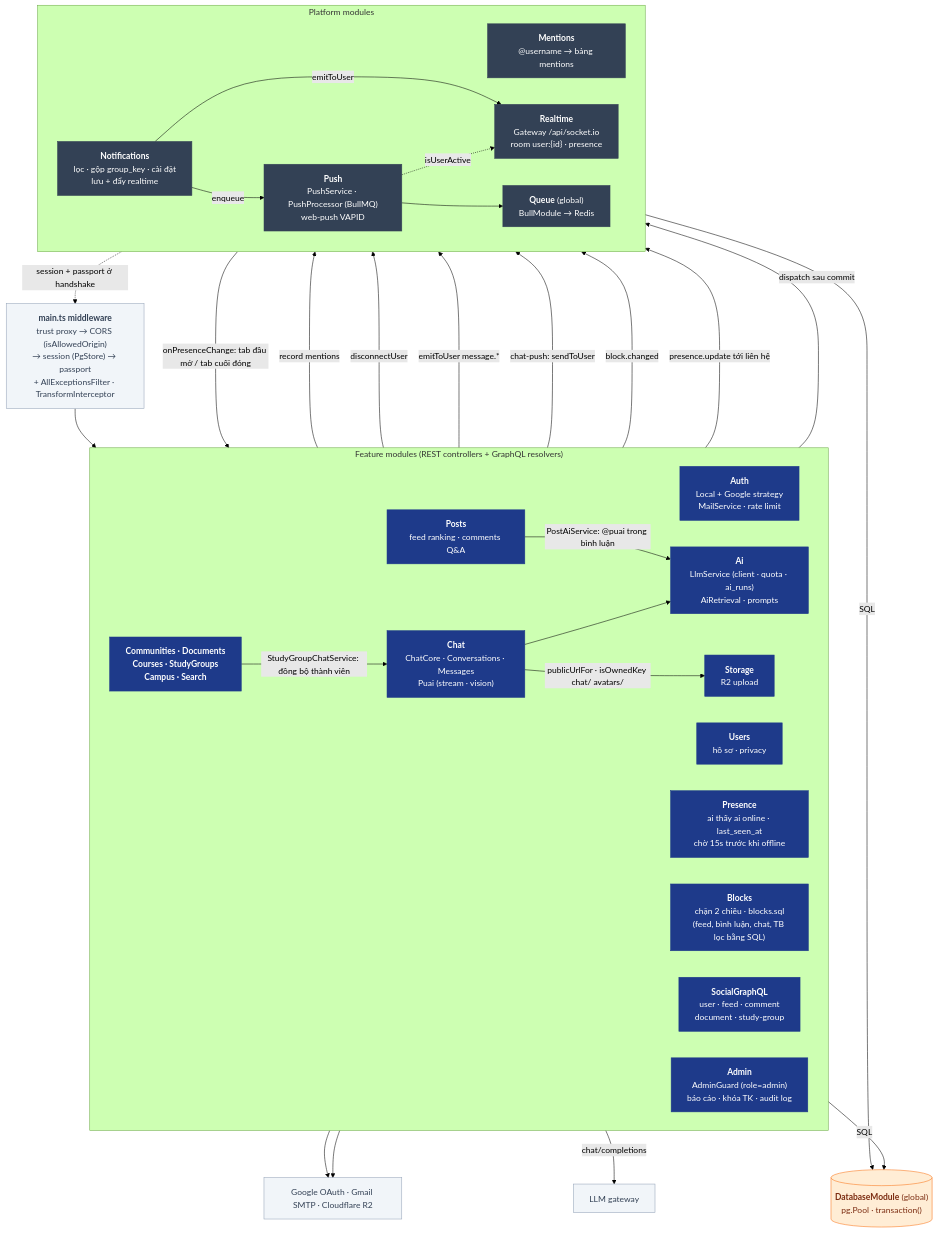
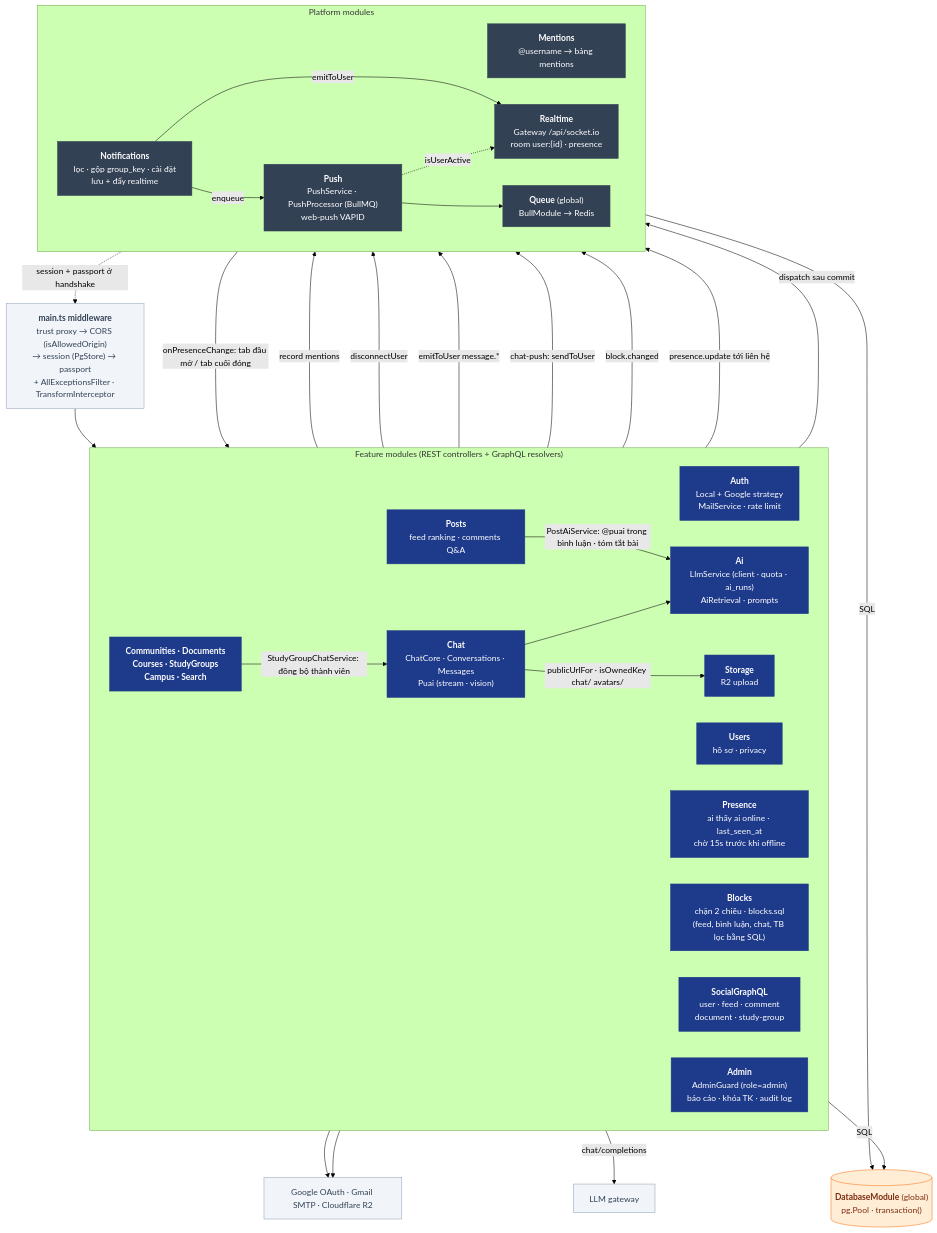
The diagram in docs/diagrams/03-api-components.md (nhatcoi/pu-connect), drawn with Mermaid (forest theme) before and after one commit. The commit also changed other lines of this file and 4 other files, not shown here.

Commit message:
docs(ai): document post summaries, ERD and diagrams

````diff
--- a/docs/diagrams/03-api-components.md
+++ b/docs/diagrams/03-api-components.md
@@ -7,61 +7,61 @@
 ```mermaid
 flowchart TB
   mw["<b>main.ts middleware</b><br/>trust proxy → CORS (isAllowedOrigin)<br/>→ session (PgStore) → passport<br/>+ AllExceptionsFilter · TransformInterceptor"]
 
   subgraph Feature["Feature modules (REST controllers + GraphQL resolvers)"]
     direction LR
     auth["<b>Auth</b><br/>Local + Google strategy<br/>MailService · rate limit"]
     users["<b>Users</b><br/>hồ sơ · privacy"]
     presence["<b>Presence</b><br/>ai thấy ai online · last_seen_at<br/>chờ 15s trước khi offline"]
     blocks["<b>Blocks</b><br/>chặn 2 chiều · blocks.sql<br/>(feed, bình luận, chat, TB lọc bằng SQL)"]
     posts["<b>Posts</b><br/>feed ranking · comments Q&A"]
     gql["<b>SocialGraphQL</b><br/>user · feed · comment<br/>document · study-group"]
     others["<b>Communities · Documents<br/>Courses · StudyGroups<br/>Campus · Search</b>"]
     storage["<b>Storage</b><br/>R2 upload"]
     admin["<b>Admin</b><br/>AdminGuard (role=admin)<br/>báo cáo · khóa TK · audit log"]
     chat["<b>Chat</b><br/>ChatCore · Conversations · Messages<br/>Puai (stream · vision)"]
     ai["<b>Ai</b><br/>LlmService (client · quota · ai_runs)<br/>AiRetrieval · prompts"]
   end
 
   subgraph Platform["Platform modules"]
     direction LR
     mentions["<b>Mentions</b><br/>@username → bảng mentions"]
     notif["<b>Notifications</b><br/>lọc · gộp group_key · cài đặt<br/>lưu + đẩy realtime"]
     rt["<b>Realtime</b><br/>Gateway /api/socket.io<br/>room user:{id} · presence"]
     push["<b>Push</b><br/>PushService · PushProcessor (BullMQ)<br/>web-push VAPID"]
     queue["<b>Queue</b> (global)<br/>BullModule → Redis"]
   end
 
   db[("<b>DatabaseModule</b> (global)<br/>pg.Pool · transaction()")]
   ext["Google OAuth · Gmail SMTP · Cloudflare R2"]
 
   mw --> Feature
   posts -->|record mentions| mentions
   Feature -->|dispatch sau commit| notif -->|emitToUser| rt
   notif -->|enqueue| push --> queue
   push -. isUserActive .-> rt
   rt -. session + passport ở handshake .-> mw
   Feature -->|SQL| db
   Platform -->|SQL| db
   auth & storage --> ext
   admin -->|disconnectUser| rt
   chat -->|emitToUser message.*| rt
   chat -->|chat-push: sendToUser| push
   chat --> ai
-  posts -->|PostAiService: @puai trong bình luận| ai
+  posts -->|PostAiService: @puai trong bình luận · tóm tắt bài| ai
   ai -->|chat/completions| llm["LLM gateway"]
   chat -->|publicUrlFor · isOwnedKey chat/ avatars/| storage
   others -->|StudyGroupChatService: đồng bộ thành viên| chat
   blocks -->|block.changed| rt
   rt -->|onPresenceChange: tab đầu mở / tab cuối đóng| presence
   presence -->|presence.update tới liên hệ| rt
 
   classDef mod fill:#1e3a8a,stroke:#1e3a8a,color:#fff
   classDef plat fill:#334155,stroke:#334155,color:#fff
   classDef store fill:#ffedd5,stroke:#f97316,color:#7c2d12
   classDef external fill:#f1f5f9,stroke:#94a3b8,color:#334155
   class auth,users,blocks,presence,ai,posts,communities,others,storage,gql,admin,chat mod
   class mentions,notif,rt,push,queue plat
   class db store
   class ext,mw,llm external
 ```
````
